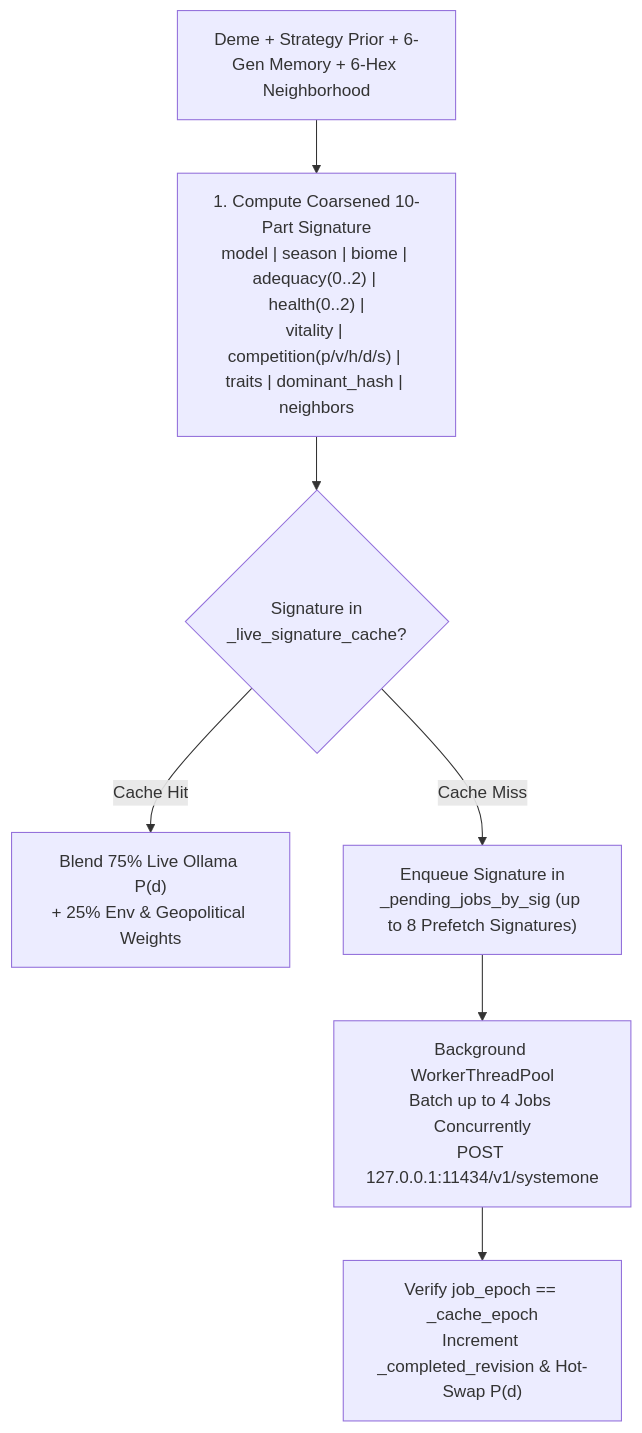
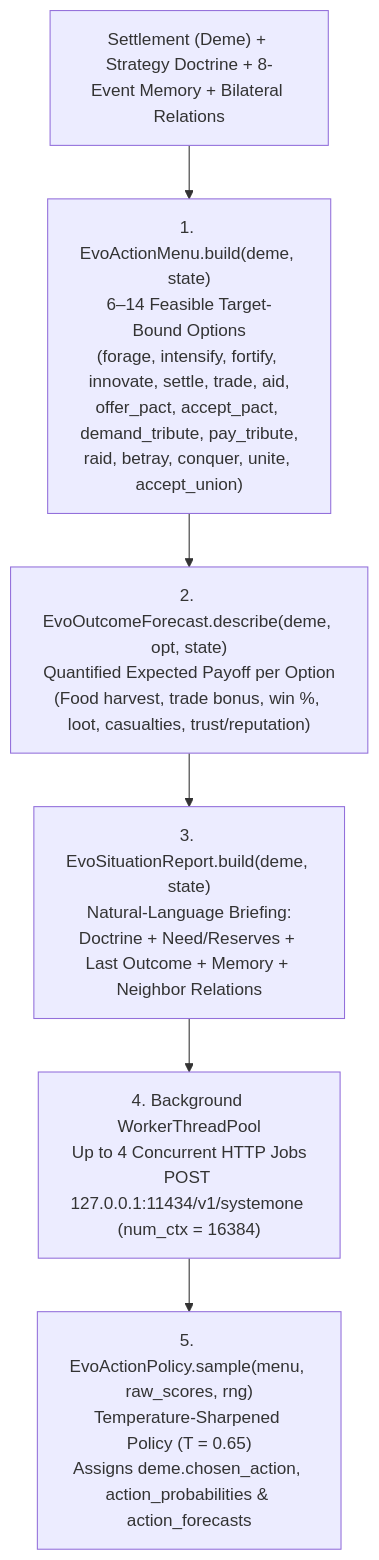
One commit to arrase/Evolution changed the diagram in gh-pages/cognitive_engine.md. Above: the diagram before and after it, drawn with Mermaid. The commit also changed other lines of this file and 67 other files, not shown here.

````diff
--- a/gh-pages/cognitive_engine.md
+++ b/gh-pages/cognitive_engine.md
@@ -11,9 +11,8 @@
 ```mermaid
 flowchart TD
-    Deme["Deme + Strategy Prior + 6-Gen Memory + 6-Hex Neighborhood"] --> Sig["1. Compute Coarsened 10-Part Signature\nmodel | season | biome | adequacy(0..2) | health(0..2) |\nvitality | competition(p/v/h/d/s) | traits | dominant_hash | neighbors"]
-    Sig --> CacheCheck{"Signature in\n_live_signature_cache?"}
-    CacheCheck -- "Cache Hit" --> Blend["Blend 75% Live Ollama P(d)\n+ 25% Env & Geopolitical Weights"]
-    CacheCheck -- "Cache Miss" --> Queue["Enqueue Signature in\n_pending_jobs_by_sig (up to 8 Prefetch Signatures)"]
-    Queue --> Worker["Background WorkerThreadPool\nBatch up to 4 Jobs Concurrently\nPOST 127.0.0.1:11434/v1/systemone"]
-    Worker --> HotSwap["Verify job_epoch == _cache_epoch\nIncrement _completed_revision & Hot-Swap P(d)"]
+    Deme["Settlement (Deme) + Strategy Doctrine + 8-Event Memory + Bilateral Relations"] --> Menu["1. EvoActionMenu.build(deme, state)\n6–14 Feasible Target-Bound Options\n(forage, intensify, fortify, innovate, settle, trade, aid,\noffer_pact, accept_pact, demand_tribute, pay_tribute,\nraid, betray, conquer, unite, accept_union)"]
+    Menu --> Forecast["2. EvoOutcomeForecast.describe(deme, opt, state)\nQuantified Expected Payoff per Option\n(Food harvest, trade bonus, win %, loot, casualties, trust/reputation)"]
+    Forecast --> Report["3. EvoSituationReport.build(deme, state)\nNatural-Language Briefing:\nDoctrine + Need/Reserves + Last Outcome + Memory + Neighbor Relations"]
+    Report --> Worker["4. Background WorkerThreadPool\nUp to 4 Concurrent HTTP Jobs\nPOST 127.0.0.1:11434/v1/systemone (num_ctx = 16384)"]
+    Worker --> Policy["5. EvoActionPolicy.sample(menu, raw_scores, rng)\nTemperature-Sharpened Policy (T = 0.65)\nAssigns deme.chosen_action, action_probabilities & action_forecasts"]
 ```
````
